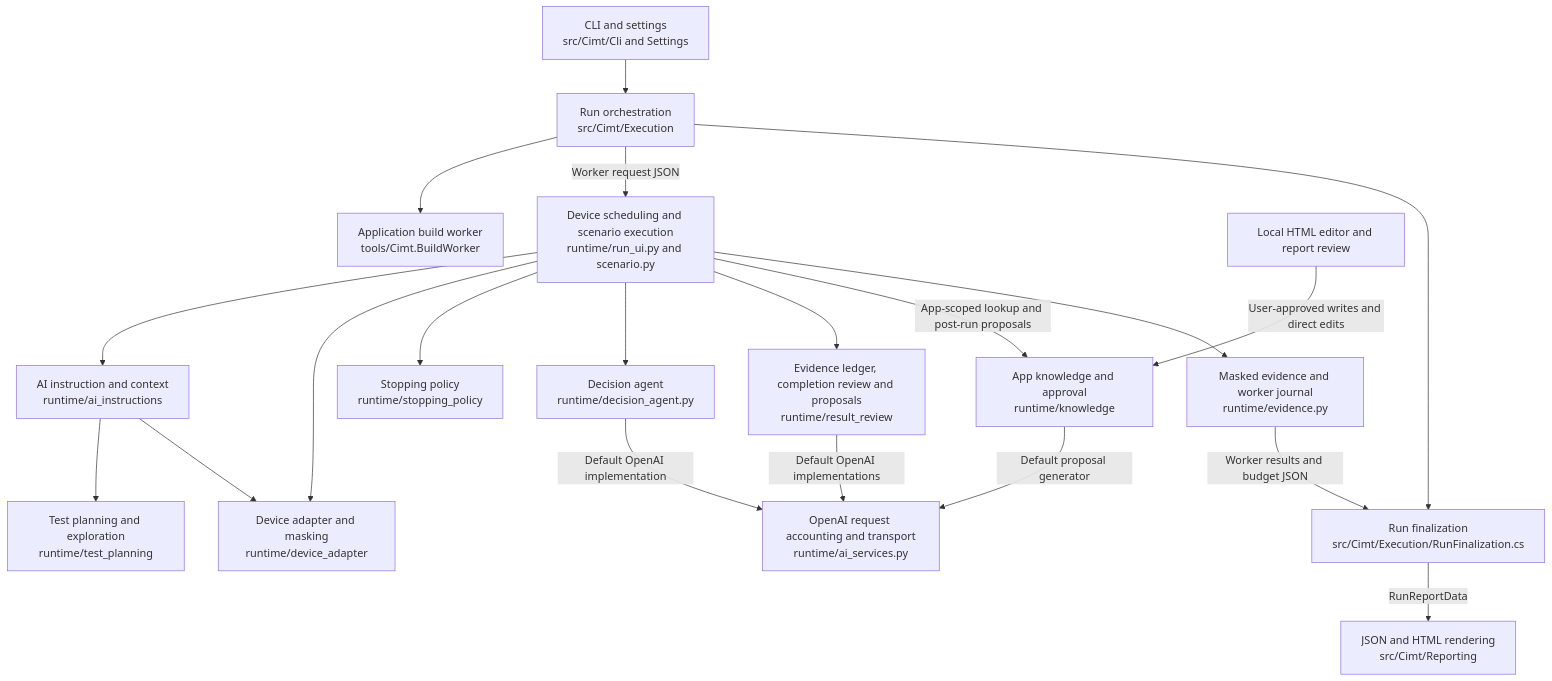
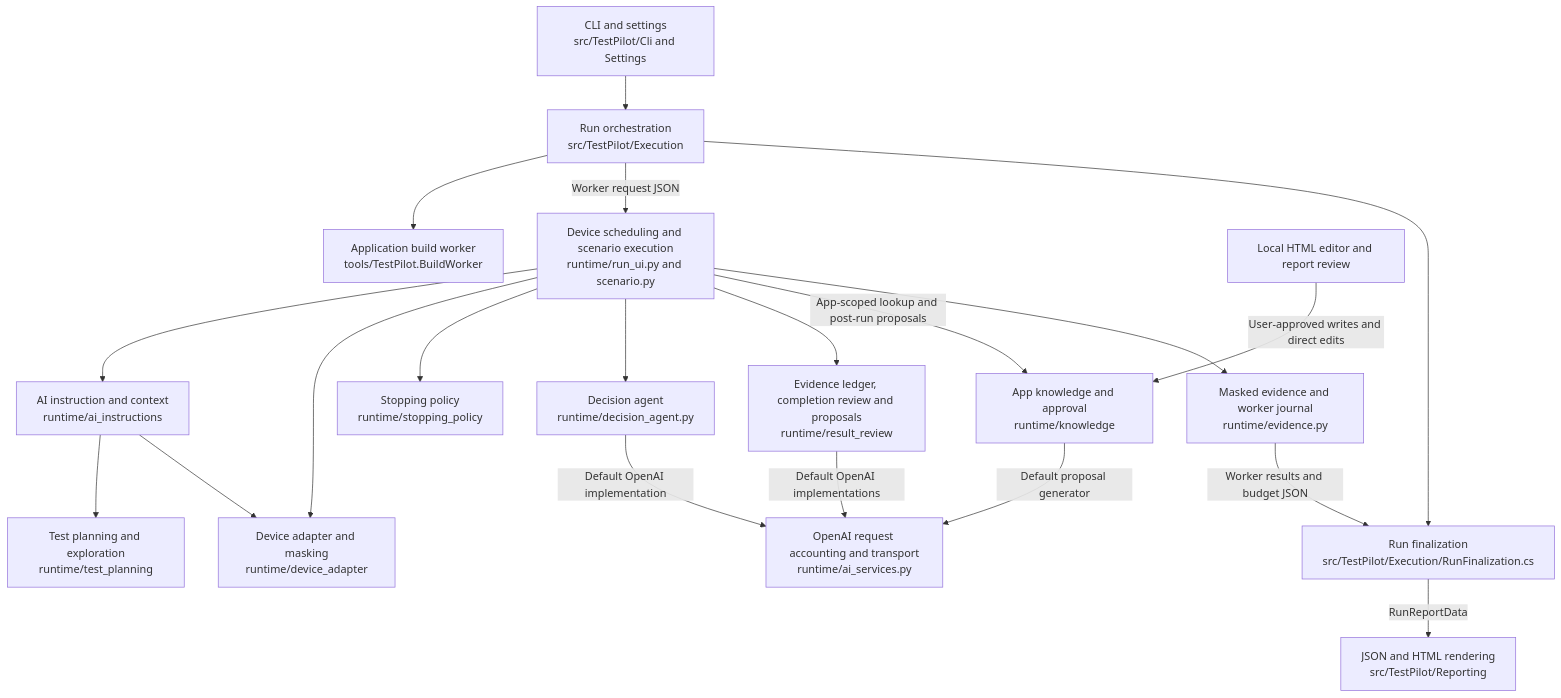
The first of 4 diagrams in docs/architecture-uml.md (Richard032/CIMT), drawn with Mermaid before and after one commit. The commit also changed other lines of this file and 345 other files, not shown here.

Commit message:
Rename CIMT product and CLI to TestPilot

````diff
--- a/docs/architecture-uml.md
+++ b/docs/architecture-uml.md
@@ -7,39 +7,39 @@
 ```mermaid
 flowchart TD
-    CLI["CLI and settings<br/>src/Cimt/Cli and Settings"]
-    Run["Run orchestration<br/>src/Cimt/Execution"]
-    Build["Application build worker<br/>tools/Cimt.BuildWorker"]
+    CLI["CLI and settings<br/>src/TestPilot/Cli and Settings"]
+    Run["Run orchestration<br/>src/TestPilot/Execution"]
+    Build["Application build worker<br/>tools/TestPilot.BuildWorker"]
     Worker["Device scheduling and scenario execution<br/>runtime/run_ui.py and scenario.py"]
     Inputs["AI instruction and context<br/>runtime/ai_instructions"]
     Plan["Test planning and exploration<br/>runtime/test_planning"]
     Device["Device adapter and masking<br/>runtime/device_adapter"]
     Stop["Stopping policy<br/>runtime/stopping_policy"]
     Agent["Decision agent<br/>runtime/decision_agent.py"]
     Review["Evidence ledger, completion review and proposals<br/>runtime/result_review"]
     Provider["OpenAI request accounting and transport<br/>runtime/ai_services.py"]
     Knowledge["App knowledge and approval<br/>runtime/knowledge"]
     Editor["Local HTML editor and report review"]
     Journal["Masked evidence and worker journal<br/>runtime/evidence.py"]
-    Finish["Run finalization<br/>src/Cimt/Execution/RunFinalization.cs"]
-    Report["JSON and HTML rendering<br/>src/Cimt/Reporting"]
+    Finish["Run finalization<br/>src/TestPilot/Execution/RunFinalization.cs"]
+    Report["JSON and HTML rendering<br/>src/TestPilot/Reporting"]
 
     CLI --> Run
     Run --> Build
     Run -->|Worker request JSON| Worker
     Worker --> Inputs
     Inputs --> Plan
     Inputs --> Device
     Worker --> Device
     Worker --> Stop
     Worker --> Agent
     Worker --> Review
     Worker -->|App-scoped lookup and post-run proposals| Knowledge
     Knowledge -->|Default proposal generator| Provider
     Editor -->|User-approved writes and direct edits| Knowledge
     Agent -->|Default OpenAI implementation| Provider
     Review -->|Default OpenAI implementations| Provider
     Worker --> Journal
     Run --> Finish
     Journal -->|Worker results and budget JSON| Finish
     Finish -->|RunReportData| Report
 ```
````
